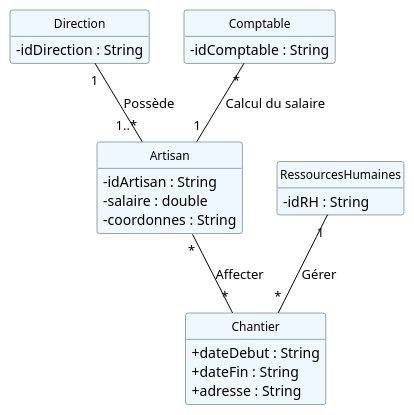
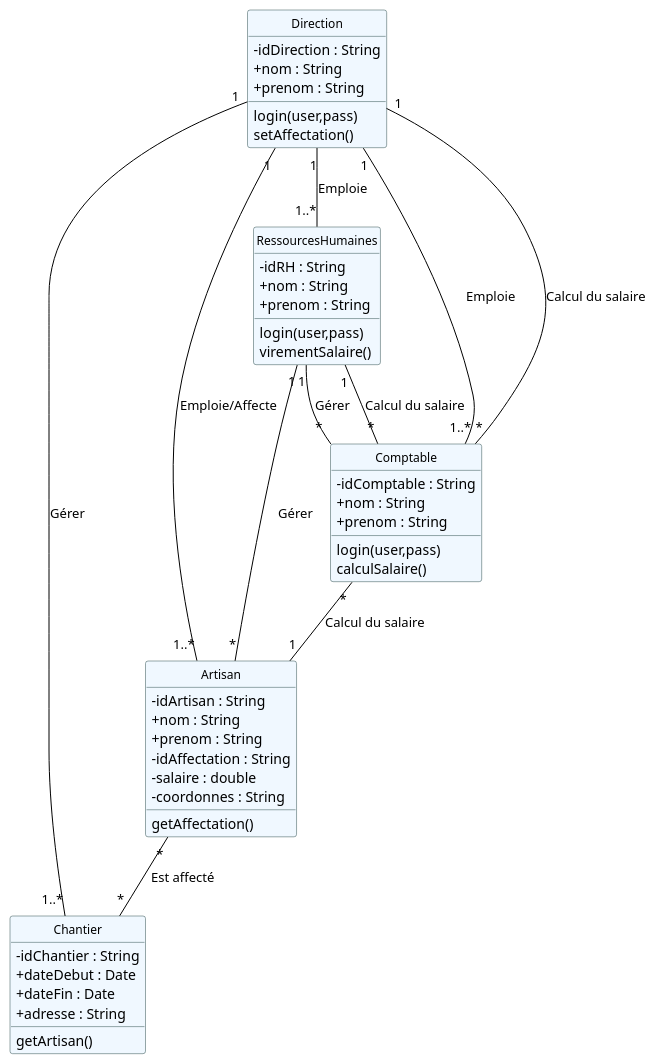
One commit to IUT-Blagnac/r2-01-conception-td5-Aadroman changed the diagram in dc.plantuml. Above: the diagram before and after it, drawn with PlantUML.

Commit message:
push final tp5

```diff
--- a/dc.plantuml
+++ b/dc.plantuml
@@ -3,56 +3,88 @@
 @startuml
 
 hide circle
 hide empty members
 hide empty methods
 
 skinparam classAttributeIconSize 0
 
 skinparam roundcorner 5
 
 skinparam class {
     BackgroundColor AliceBlue
     BorderColor DarkSlateGray
     ArrowColor Black
     FontColor Black
     FontSize 12
     FontName Helvetica
 }
 
 skinparam arrow {
     MessageAlign center
 }
 
 
 class Direction{
     - idDirection : String 
+    + nom : String
+    + prenom : String
+
+    login(user,pass)
+    setAffectation()
 }
 
 class RessourcesHumaines{
     - idRH : String 
+    + nom : String
+    + prenom : String
+
+    login(user,pass)
+     virementSalaire()
 }
 
 class Comptable {
     - idComptable : String
+    + nom : String
+    + prenom : String
+
+    login(user,pass)
+    calculSalaire()
 }
 
 class Artisan{
     - idArtisan : String
+    + nom : String
+    + prenom : String
+    - idAffectation : String
     - salaire : double
     - coordonnes : String
+
+    getAffectation()
 }
 
 class Chantier{
-    + dateDebut : String
-    + dateFin : String
+    - idChantier : String
+    + dateDebut : Date
+    + dateFin : Date
     + adresse : String
+
+    getArtisan()
 }
 
-Direction "1" -- "1..*" Artisan : Possède
-RessourcesHumaines "1" -- "*" Chantier : Gérer
-Artisan "*" -- "*" Chantier : Affecter
+Direction "1" -- "1..*" Artisan : Emploie/Affecte
+Direction "1" -- "1..*" RessourcesHumaines : Emploie
+Direction "1" -- "1..*" Comptable : Emploie
+Direction "1" -- "1..*" Chantier : Gérer
+
+RessourcesHumaines "1" -- "*" Artisan : Gérer
+RessourcesHumaines "1" -- "*" Comptable : Gérer
+
 Comptable "*" -- "1" Artisan : Calcul du salaire
+Comptable "*" -- "1" Direction : Calcul du salaire
+Comptable "*" -- "1" RessourcesHumaines : Calcul du salaire
+
+Artisan "*" -- "*" Chantier : Est affecté
 
 
 
 @enduml
```
